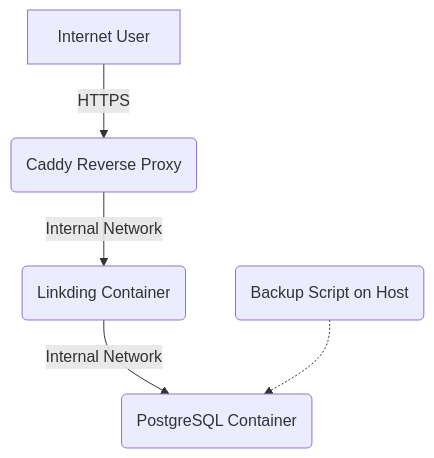
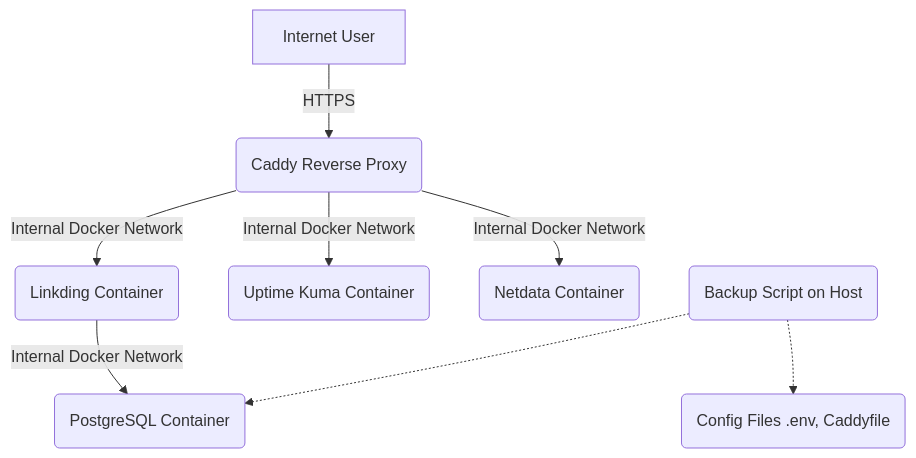
Before and after one commit to mischa-kaufmann/my-vps: the diagram in README.md, drawn with Mermaid. The commit also changed other lines of this file and 1 other file, not shown here.

````diff
--- a/README.md
+++ b/README.md
@@ -32,7 +36,10 @@
 ```mermaid
 graph TD
     A[Internet User] -- HTTPS --> B(Caddy Reverse Proxy);
-    B -- Internal Network --> C(Linkding Container);
-    C -- Internal Network --> D(PostgreSQL Container);
+    B -- Internal Docker Network --> C1(Linkding Container);
+    B -- Internal Docker Network --> C2(Uptime Kuma Container);
+    B -- Internal Docker Network --> C3(Netdata Container);
+    C1 -- Internal Docker Network --> D(PostgreSQL Container);
     E(Backup Script on Host) -.-> D;
+    E -.-> F(Config Files .env, Caddyfile);
 ```
````
